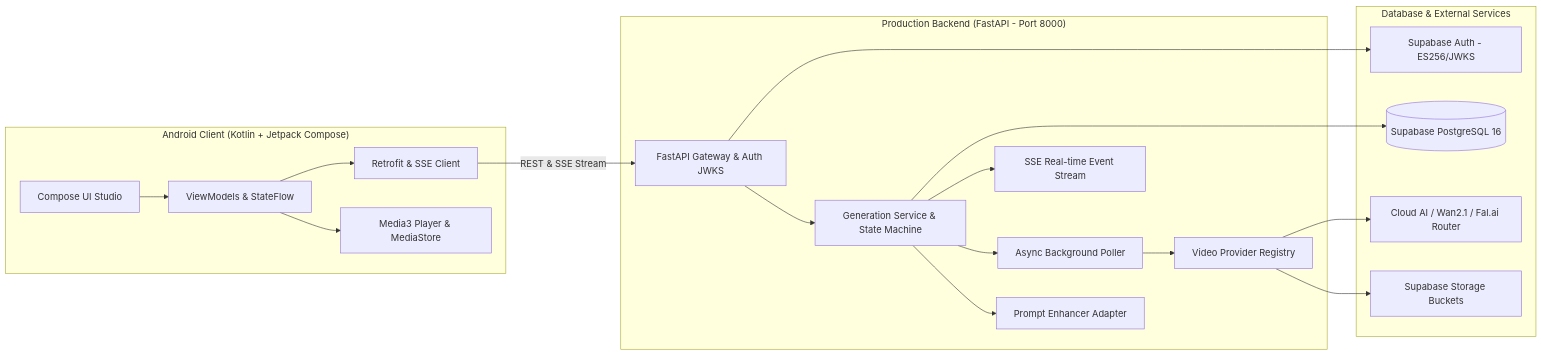
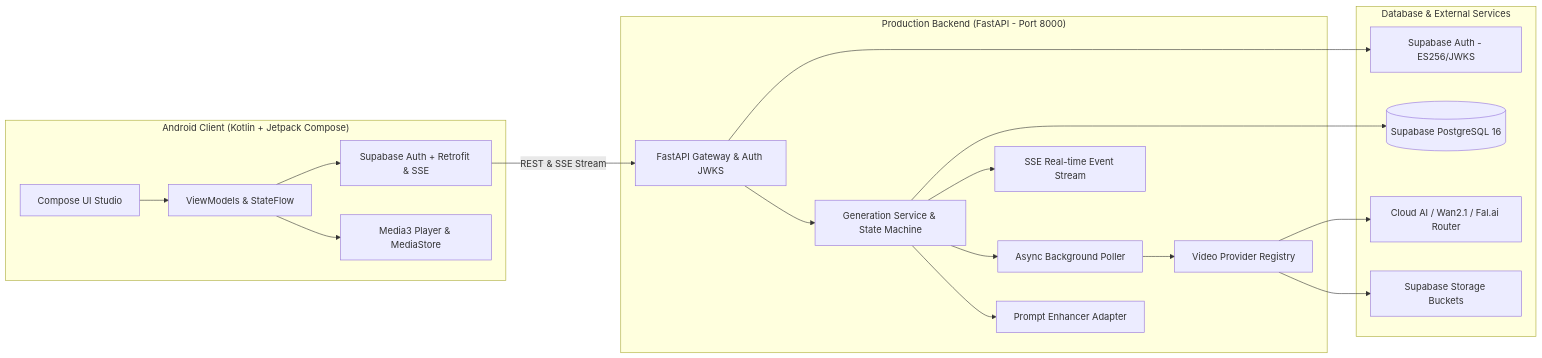
The first of 2 diagrams in docs/ARCHITECTURE.md (S0ra1n0/Cretona), drawn with Mermaid before and after one commit. The commit also changed other lines of this file and 29 other files, not shown here.

First line of the commit message:
feat(auth): persist and restore Supabase sessions

````diff
--- a/docs/ARCHITECTURE.md
+++ b/docs/ARCHITECTURE.md
@@ -9,39 +9,39 @@
 ```mermaid
 flowchart LR
     subgraph Client ["Android Client (Kotlin + Jetpack Compose)"]
         UI[Compose UI Studio]
         VM[ViewModels & StateFlow]
-        Net[Retrofit & SSE Client]
+        Net[Supabase Auth + Retrofit & SSE]
         Media[Media3 Player & MediaStore]
     end
 
     subgraph Backend ["Production Backend (FastAPI - Port 8000)"]
         API[FastAPI Gateway & Auth JWKS]
         SRV[Generation Service & State Machine]
         SSE[SSE Real-time Event Stream]
         POL[Async Background Poller]
         LLM[Prompt Enhancer Adapter]
         PROV[Video Provider Registry]
     end
 
     subgraph Cloud ["Database & External Services"]
         DB[(Supabase PostgreSQL 16)]
         ST[Supabase Storage Buckets]
         AUTH[Supabase Auth - ES256/JWKS]
         AI[Cloud AI / Wan2.1 / Fal.ai Router]
     end
 
     UI --> VM
     VM --> Net
     VM --> Media
     Net -- "REST & SSE Stream" --> API
     API --> AUTH
     API --> SRV
     SRV --> DB
     SRV --> SSE
     SRV --> POL
     SRV --> LLM
     POL --> PROV
     PROV --> AI
     PROV --> ST
 ```
````
